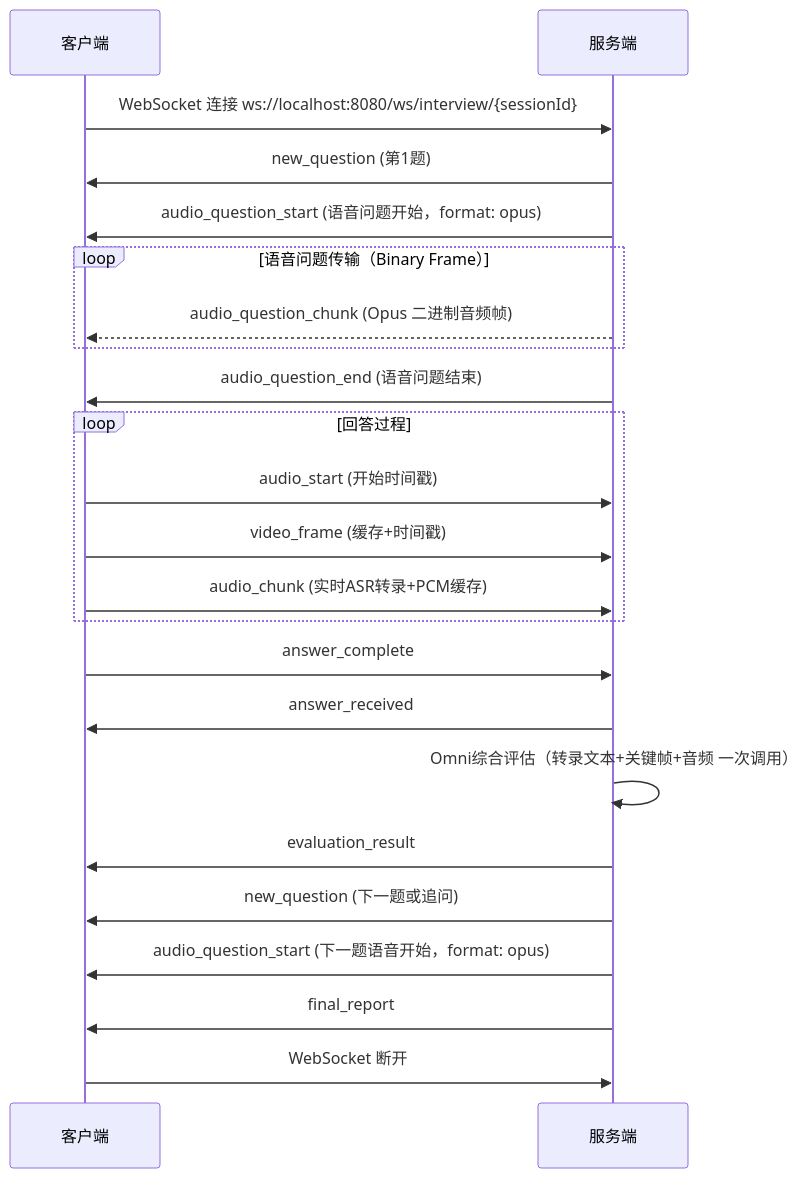
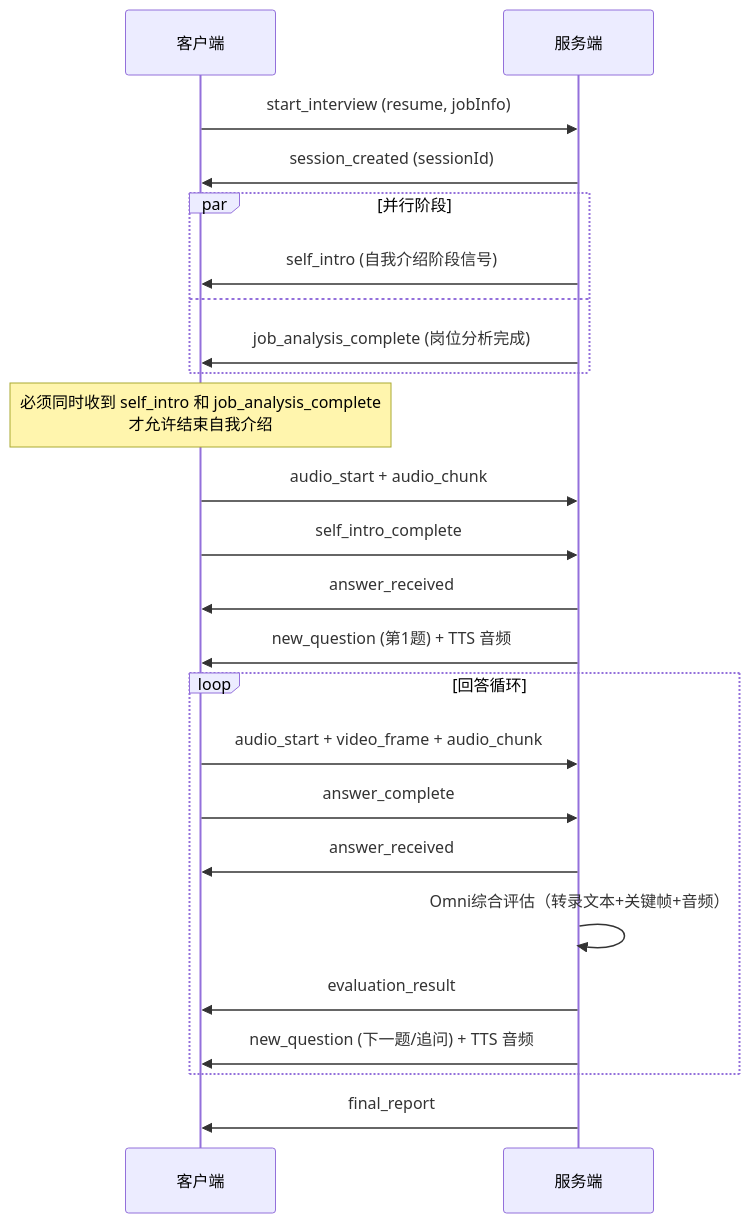
One commit to zunff/interview-agent changed the fourth of 4 diagrams in README.md. Above: the diagram before and after it, drawn with Mermaid. The commit also changed other lines of this file and 6 other files, not shown here.

````diff
--- a/README.md
+++ b/README.md
@@ -166,33 +172,32 @@
 ```mermaid
 sequenceDiagram
     participant C as 客户端
     participant S as 服务端
 
-    C->>S: WebSocket 连接 ws://localhost:8080/ws/interview/{sessionId}
-    S->>C: new_question (第1题)
-    S->>C: audio_question_start (语音问题开始，format: opus)
+    C->>S: start_interview (resume, jobInfo)
+    S->>C: session_created (sessionId)
 
-    loop 语音问题传输（Binary Frame）
-        S-->>C: audio_question_chunk (Opus 二进制音频帧)
+    par 并行阶段
+        S->>C: self_intro (自我介绍阶段信号)
+    and
+        S->>C: job_analysis_complete (岗位分析完成)
     end
 
-    S->>C: audio_question_end (语音问题结束)
+    Note over C: 必须同时收到 self_intro 和 job_analysis_complete<br/>才允许结束自我介绍
 
-    loop 回答过程
-        C->>S: audio_start (开始时间戳)
-        C->>S: video_frame (缓存+时间戳)
-        C->>S: audio_chunk (实时ASR转录+PCM缓存)
+    C->>S: audio_start + audio_chunk
+    C->>S: self_intro_complete
+    S->>C: answer_received
+    S->>C: new_question (第1题) + TTS 音频
+
+    loop 回答循环
+        C->>S: audio_start + video_frame + audio_chunk
+        C->>S: answer_complete
+        S->>C: answer_received
+        S->>S: Omni综合评估（转录文本+关键帧+音频）
+        S->>C: evaluation_result
+        S->>C: new_question (下一题/追问) + TTS 音频
     end
 
-    C->>S: answer_complete
-    S->>C: answer_received
-    S->>S: Omni综合评估（转录文本+关键帧+音频 一次调用）
-    S->>C: evaluation_result
-    S->>C: new_question (下一题或追问)
-    S->>C: audio_question_start (下一题语音开始，format: opus)
-
-    %% 重复直到面试结束
-
     S->>C: final_report
-    C->>S: WebSocket 断开
 ```
````
